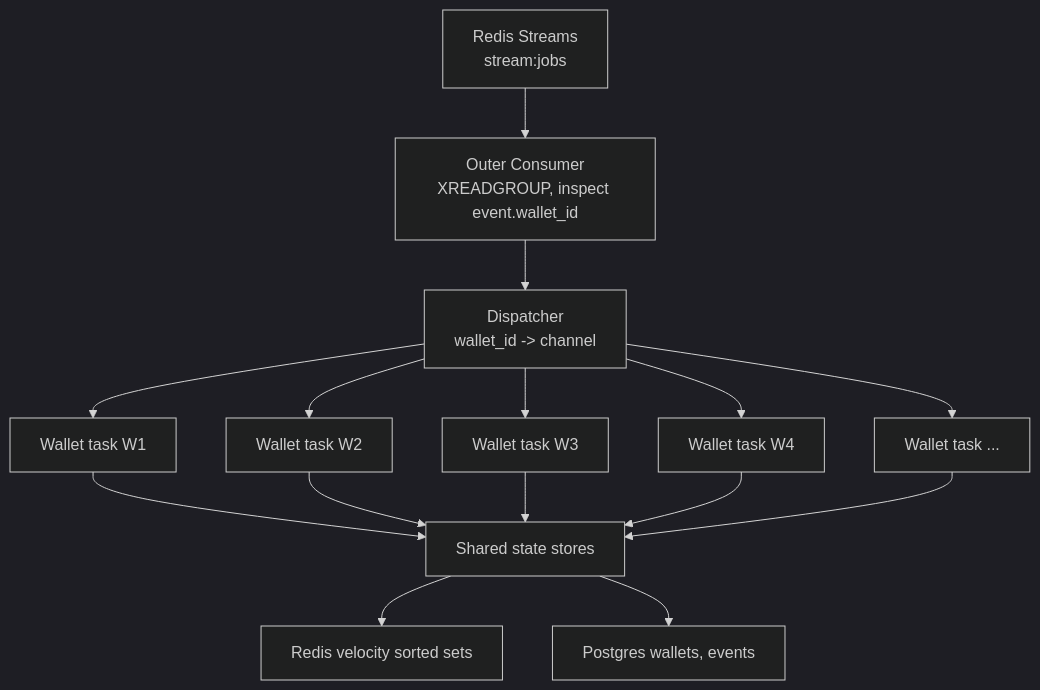
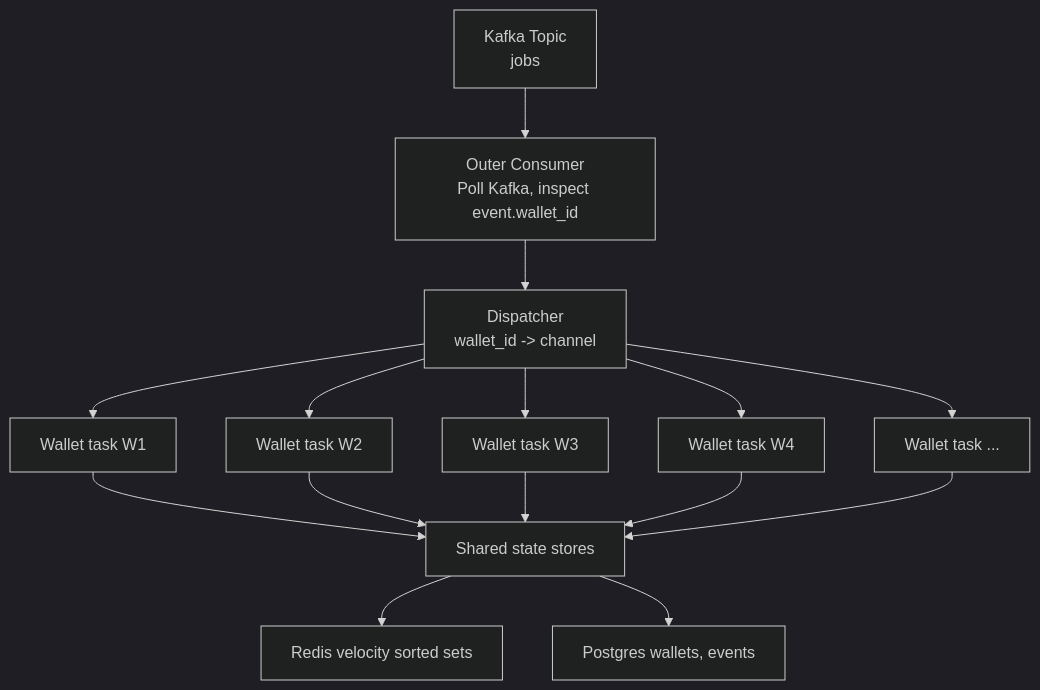
Before and after one commit to Joel-Ajayi/river-rust-queue: the first of 2 diagrams in docs/services/13-FRAUD-WORKER.md, drawn with Mermaid (dark theme). The commit also changed other lines of this file and 17 other files, not shown here.

Commit message:
Changed architecture to use Kafka instead of Redis stream

````diff
--- a/docs/services/13-FRAUD-WORKER.md
+++ b/docs/services/13-FRAUD-WORKER.md
@@ -66,17 +68,17 @@
 ```mermaid
 graph TD
-    stream["Redis Streams<br/>stream:jobs"] --> outer["Outer Consumer<br/>XREADGROUP, inspect event.wallet_id"]
+    stream["Kafka Topic<br/>jobs"] --> outer["Outer Consumer<br/>Poll Kafka, inspect event.wallet_id"]
     outer --> dispatcher["Dispatcher<br/>wallet_id -> channel"]
     dispatcher --> w1["Wallet task W1"]
     dispatcher --> w2["Wallet task W2"]
     dispatcher --> w3["Wallet task W3"]
     dispatcher --> w4["Wallet task W4"]
     dispatcher --> more["Wallet task ..."]
     w1 --> stateHub["Shared state stores"]
     w2 --> stateHub
     w3 --> stateHub
     w4 --> stateHub
     more --> stateHub
     stateHub --> velocity["Redis velocity sorted sets"]
     stateHub --> pg["Postgres wallets, events"]
 ```
````
